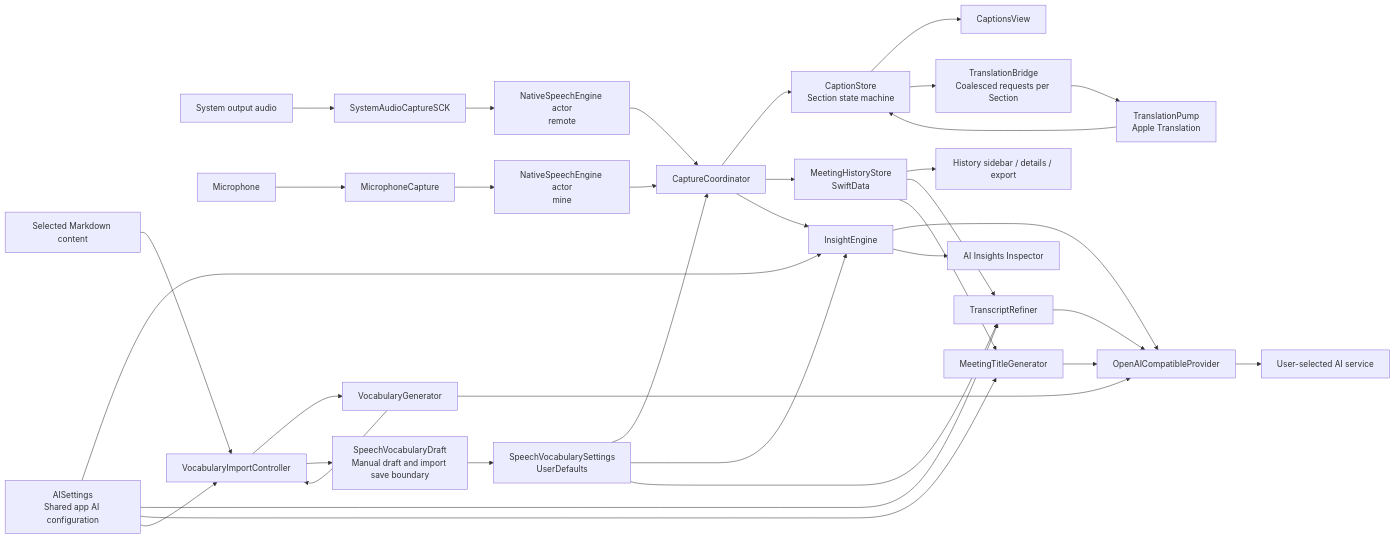
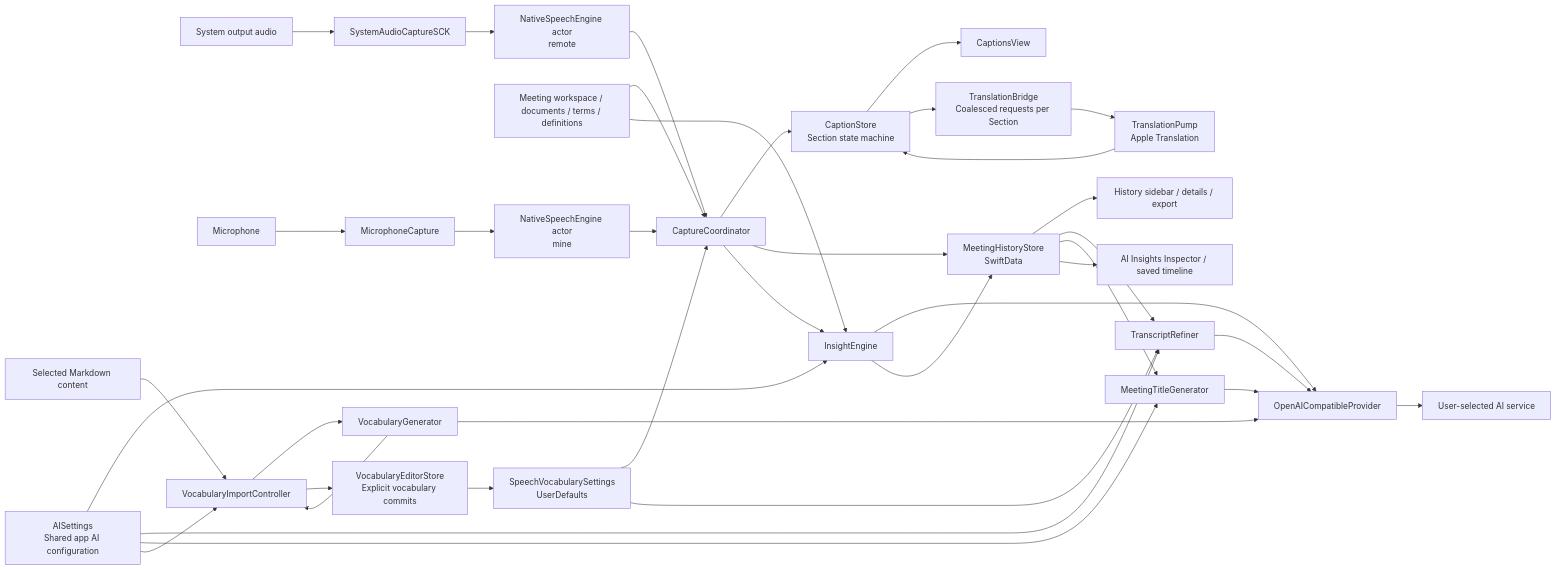
The diagram in doc/01-product-and-architecture.md (zjhch123/SameWave), drawn with Mermaid before and after one commit. The commit also changed other lines of this file and 70 other files, not shown here.

Commit message:
Implement Phase 2 meeting workspaces and persistent insights (#11)

````diff
--- a/doc/01-product-and-architecture.md
+++ b/doc/01-product-and-architecture.md
@@ -52,37 +52,39 @@
 ```mermaid
 flowchart LR
     SYS[System output audio] --> SCK[SystemAudioCaptureSCK]
     MIC[Microphone] --> MC[MicrophoneCapture]
     VS[SpeechVocabularySettings\nUserDefaults] --> CO
-    VS --> IE
+    MW[Meeting workspace / documents / terms / definitions] --> CO
+    MW --> IE
     VS --> TR
     MD[Selected Markdown content] --> VI[VocabularyImportController]
     VI --> VG[VocabularyGenerator]
     VG --> VI
-    VI --> VD[SpeechVocabularyDraft\nManual draft and import save boundary]
-    VD --> VS
+    VI --> VE[VocabularyEditorStore\nExplicit vocabulary commits]
+    VE --> VS
     SCK --> ASR1[NativeSpeechEngine actor\nremote]
     MC --> ASR2[NativeSpeechEngine actor\nmine]
     ASR1 --> CO[CaptureCoordinator]
     ASR2 --> CO
     CO --> CS[CaptionStore\nSection state machine]
     CS --> CV[CaptionsView]
     CS --> TB[TranslationBridge\nCoalesced requests per Section]
     TB --> TP[TranslationPump\nApple Translation]
     TP --> CS
     CO --> HS[MeetingHistoryStore\nSwiftData]
     HS --> SIDE[History sidebar / details / export]
     CO --> IE[InsightEngine]
     HS --> TR[TranscriptRefiner]
     HS --> TG[MeetingTitleGenerator]
     IE --> OP[OpenAICompatibleProvider]
     TR --> OP
     TG --> OP
     VG --> OP
     AI[AISettings\nShared app AI configuration] --> IE
     AI --> TR
     AI --> TG
     AI --> VI
     OP --> CLOUD[User-selected AI service]
-    IE --> INS[AI Insights Inspector]
+    IE --> HS
+    HS --> INS[AI Insights Inspector / saved timeline]
 ```
````
